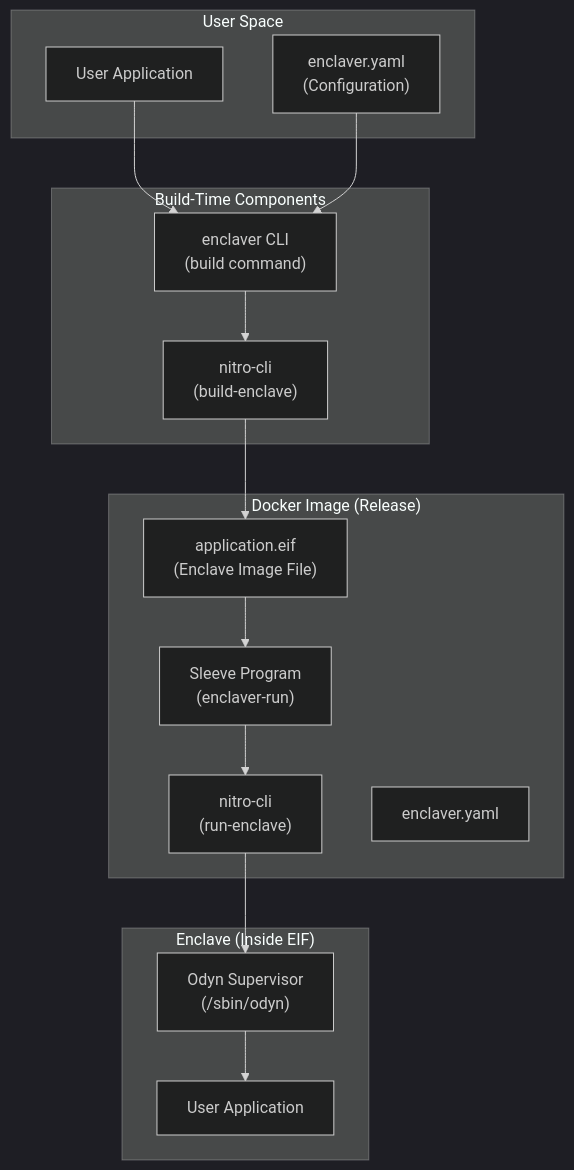
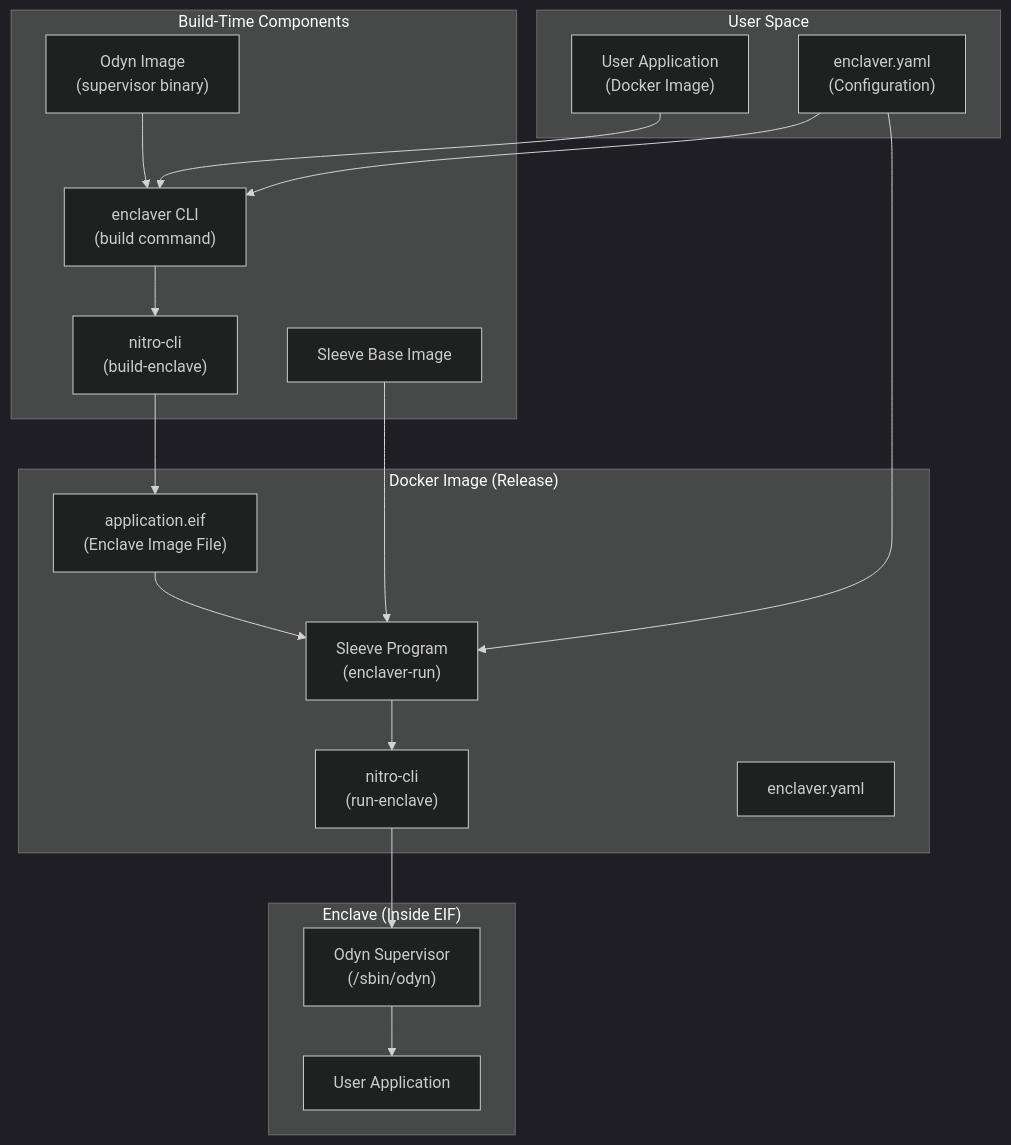
One commit to sparsity-xyz/nova-enclave-capsule changed the first of 7 diagrams in docs/architecture.md. Above: the diagram before and after it, drawn with Mermaid (dark theme). The commit also changed 3 other files, not shown here.

````diff
--- a/docs/architecture.md
+++ b/docs/architecture.md
@@ -22,33 +22,38 @@
 ```mermaid
 graph TB
     subgraph "User Space"
-        APP["User Application"]
+        APP["User Application<br/>(Docker Image)"]
         YAML["enclaver.yaml<br/>(Configuration)"]
     end
     
     subgraph "Build-Time Components"
         ENCLAVER_CLI["enclaver CLI<br/>(build command)"]
+        ODYN_IMAGE["Odyn Image<br/>(supervisor binary)"]
         NITRO_CLI_BUILD["nitro-cli<br/>(build-enclave)"]
+        SLEEVE_BASE["Sleeve Base Image"]
     end
     
     subgraph "Docker Image (Release)"
         SLEEVE["Sleeve Program<br/>(enclaver-run)"]
         NITRO_CLI_RUN["nitro-cli<br/>(run-enclave)"]
         EIF["application.eif<br/>(Enclave Image File)"]
         YAML_COPY["enclaver.yaml"]
     end
     
     subgraph "Enclave (Inside EIF)"
         ODYN["Odyn Supervisor<br/>(/sbin/odyn)"]
         APP_INSIDE["User Application"]
     end
     
     APP --> ENCLAVER_CLI
     YAML --> ENCLAVER_CLI
+    ODYN_IMAGE --> ENCLAVER_CLI
     ENCLAVER_CLI --> NITRO_CLI_BUILD
     NITRO_CLI_BUILD --> EIF
+    SLEEVE_BASE --> SLEEVE
     EIF --> SLEEVE
+    YAML --> SLEEVE
     SLEEVE --> NITRO_CLI_RUN
     NITRO_CLI_RUN --> ODYN
     ODYN --> APP_INSIDE
 ```
````
